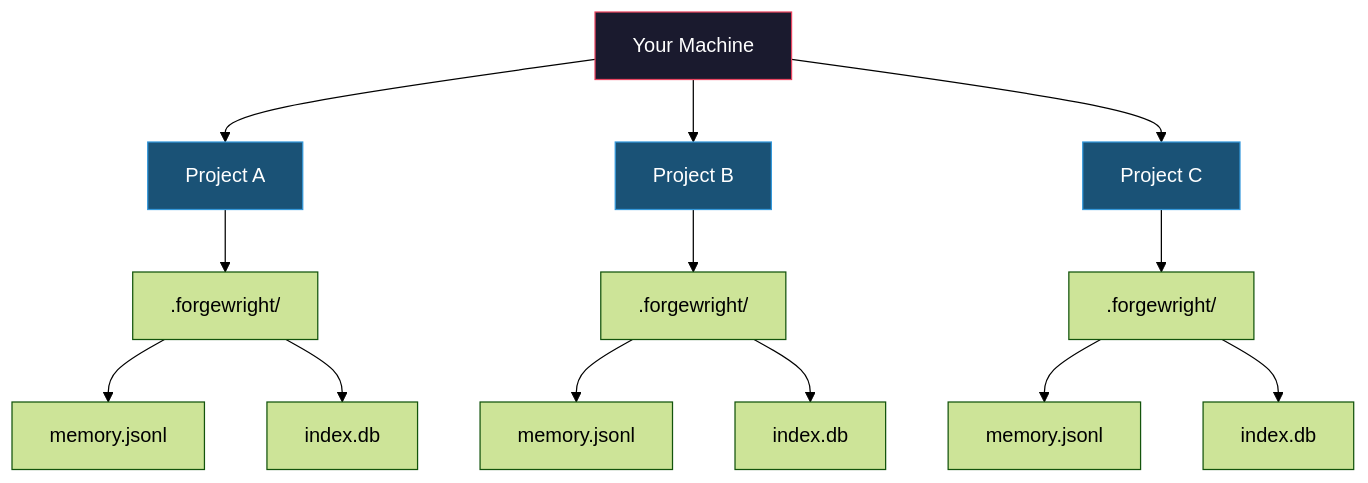
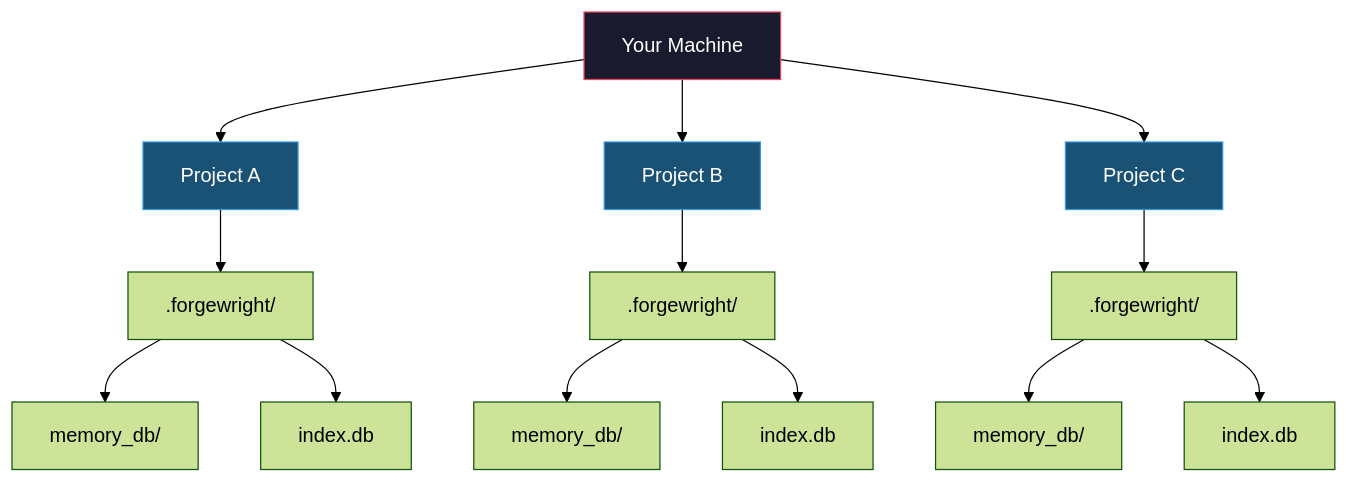
The fourth of 4 diagrams in README.md (buiphucminhtam/forgewright), drawn with Mermaid (forest theme) before and after one commit. The commit also changed 21 other files, not shown here.

First line of the commit message:
refactor(memory): migrate from FalkorDB/Graphiti to ChromaDB + sentence-transformers

````diff
--- a/README.md
+++ b/README.md
@@ -349,24 +349,24 @@
 ```mermaid
 flowchart TB
     PC["Your Machine"]
 
     PC --> P1["Project A"]
     PC --> P2["Project B"]
     PC --> P3["Project C"]
 
     P1 --> M1[".forgewright/"]
     P2 --> M2[".forgewright/"]
     P3 --> M3[".forgewright/"]
 
-    M1 --> DB1["memory.jsonl"]
+    M1 --> DB1["memory_db/"]
     M1 --> IDX1["index.db"]
-    M2 --> DB2["memory.jsonl"]
+    M2 --> DB2["memory_db/"]
     M2 --> IDX2["index.db"]
-    M3 --> DB3["memory.jsonl"]
+    M3 --> DB3["memory_db/"]
     M3 --> IDX3["index.db"]
 
     style PC fill:#1a1a2e,stroke:#e94560,color:#fff
     style P1 fill:#1a5276,stroke:#3498db,color:#fff
     style P2 fill:#1a5276,stroke:#3498db,color:#fff
     style P3 fill:#1a5276,stroke:#3498db,color:#fff
 ```
````
